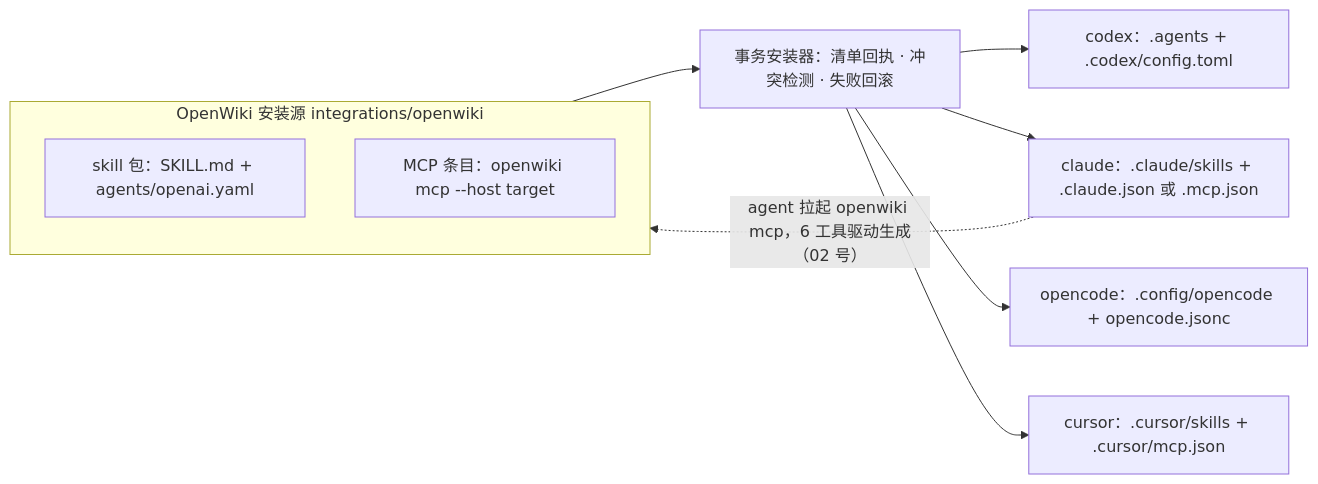
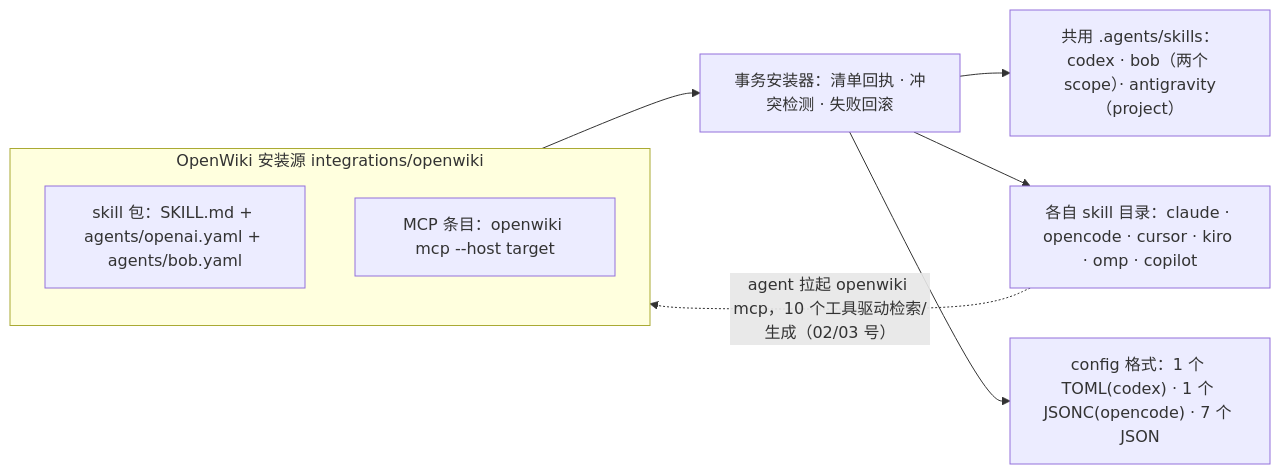
One commit to ethan-jiang-1/openwiki changed the first of 2 diagrams in _digested/13-integrations/01-host-targets-and-transactional-install.md. Above: the diagram before and after it, drawn with Mermaid. The commit also changed other lines of this file and 82 other files, not shown here.

````diff
--- a/_digested/13-integrations/01-host-targets-and-transactional-install.md
+++ b/_digested/13-integrations/01-host-targets-and-transactional-install.md
@@ -32,13 +35,12 @@
 ```mermaid
 flowchart LR
     subgraph SRC["OpenWiki 安装源 integrations/openwiki"]
-        SK["skill 包：SKILL.md + agents/openai.yaml"]
+        SK["skill 包：SKILL.md + agents/openai.yaml + agents/bob.yaml"]
         CE["MCP 条目：openwiki mcp --host target"]
     end
     SRC --> INS["事务安装器：清单回执 · 冲突检测 · 失败回滚"]
-    INS --> H1["codex：.agents + .codex/config.toml"]
-    INS --> H2["claude：.claude/skills + .claude.json 或 .mcp.json"]
-    INS --> H3["opencode：.config/opencode + opencode.jsonc"]
-    INS --> H4["cursor：.cursor/skills + .cursor/mcp.json"]
-    H2 -. "agent 拉起 openwiki mcp，6 工具驱动生成（02 号）" .-> SRC
+    INS --> H1["共用 .agents/skills：codex · bob（两个 scope）· antigravity（project）"]
+    INS --> H2["各自 skill 目录：claude · opencode · cursor · kiro · omp · copilot"]
+    INS --> F["config 格式：1 个 TOML(codex) · 1 个 JSONC(opencode) · 7 个 JSON"]
+    H2 -. "agent 拉起 openwiki mcp，10 个工具驱动检索/生成（02/03 号）" .-> SRC
 ```
````
